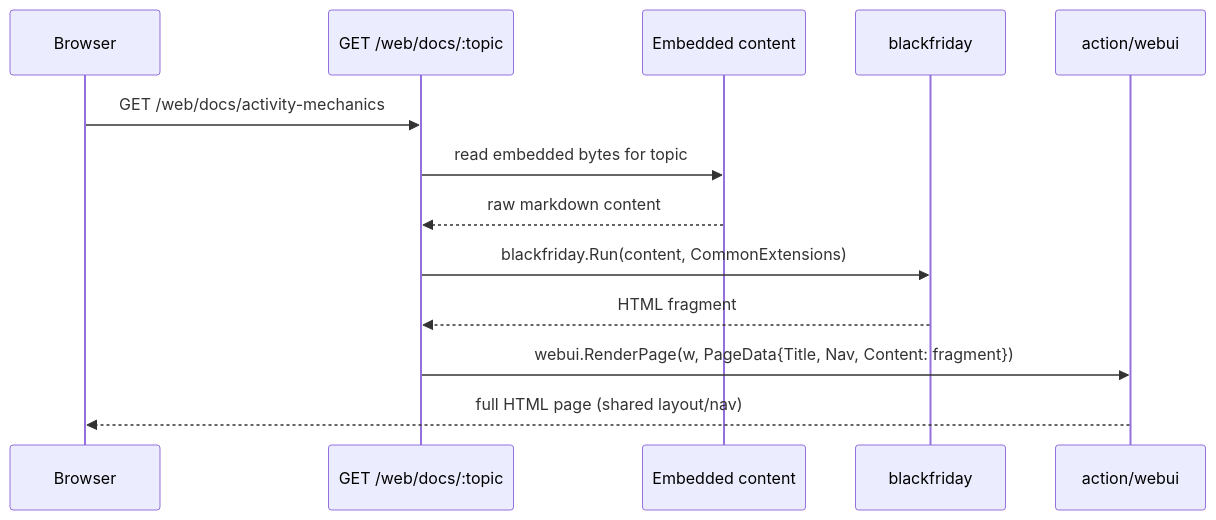
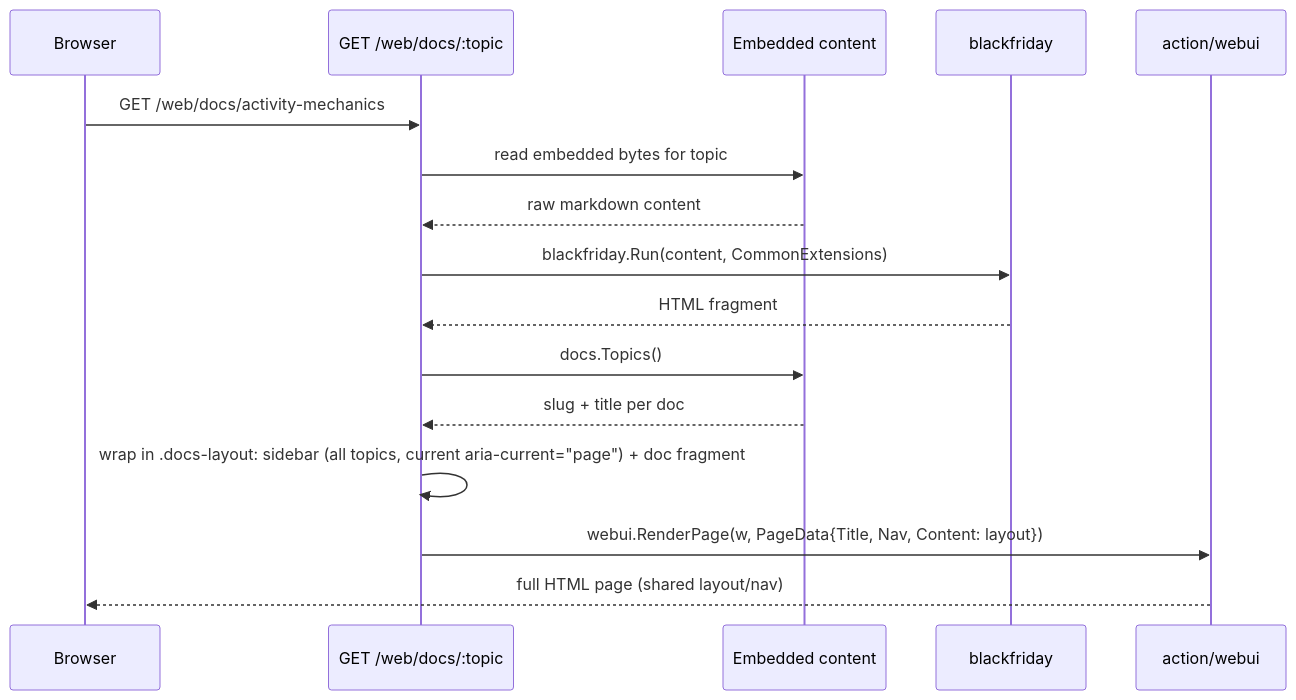
One commit to rusinikita/personal changed the third of 3 diagrams in docs/functions/docs-spec.md. Above: the diagram before and after it, drawn with Mermaid. The commit also changed other lines of this file and 4 other files, not shown here.

````diff
--- a/docs/functions/docs-spec.md
+++ b/docs/functions/docs-spec.md
@@ -86,16 +87,19 @@
 ```mermaid
 sequenceDiagram
     participant Browser
     participant Handler as GET /web/docs/:topic
     participant FS as Embedded content
     participant BF as blackfriday
     participant Webui as action/webui
 
     Browser->>Handler: GET /web/docs/activity-mechanics
     Handler->>FS: read embedded bytes for topic
     FS-->>Handler: raw markdown content
     Handler->>BF: blackfriday.Run(content, CommonExtensions)
     BF-->>Handler: HTML fragment
-    Handler->>Webui: webui.RenderPage(w, PageData{Title, Nav, Content: fragment})
+    Handler->>FS: docs.Topics()
+    FS-->>Handler: slug + title per doc
+    Handler->>Handler: wrap in .docs-layout: sidebar (all topics, current aria-current="page") + doc fragment
+    Handler->>Webui: webui.RenderPage(w, PageData{Title, Nav, Content: layout})
     Webui-->>Browser: full HTML page (shared layout/nav)
 ```
````
